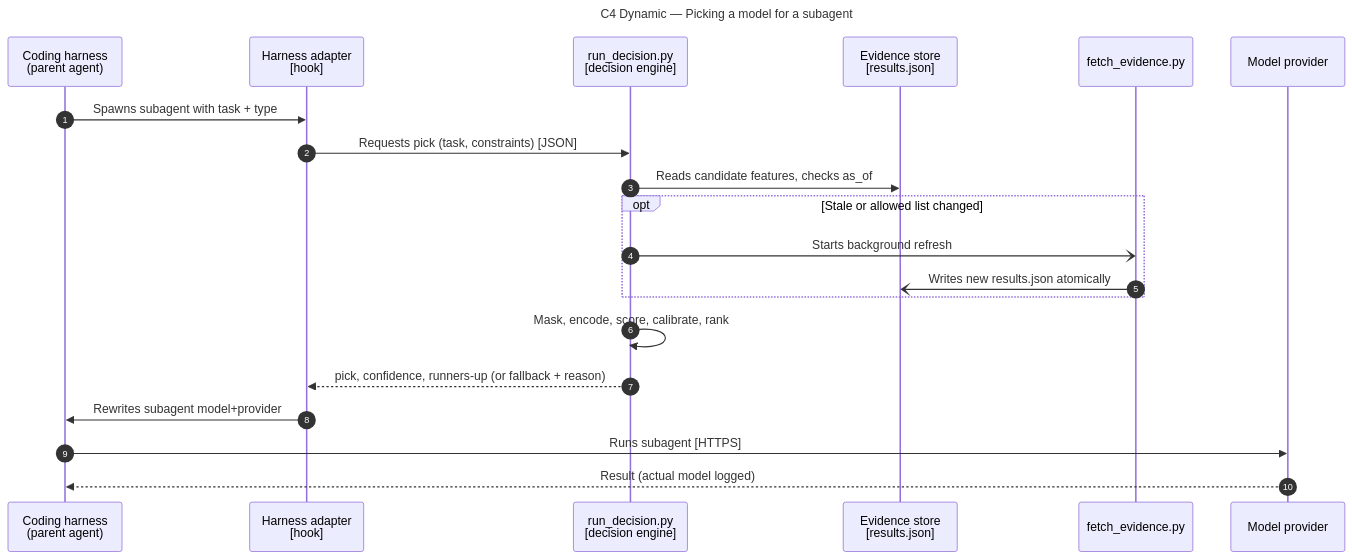
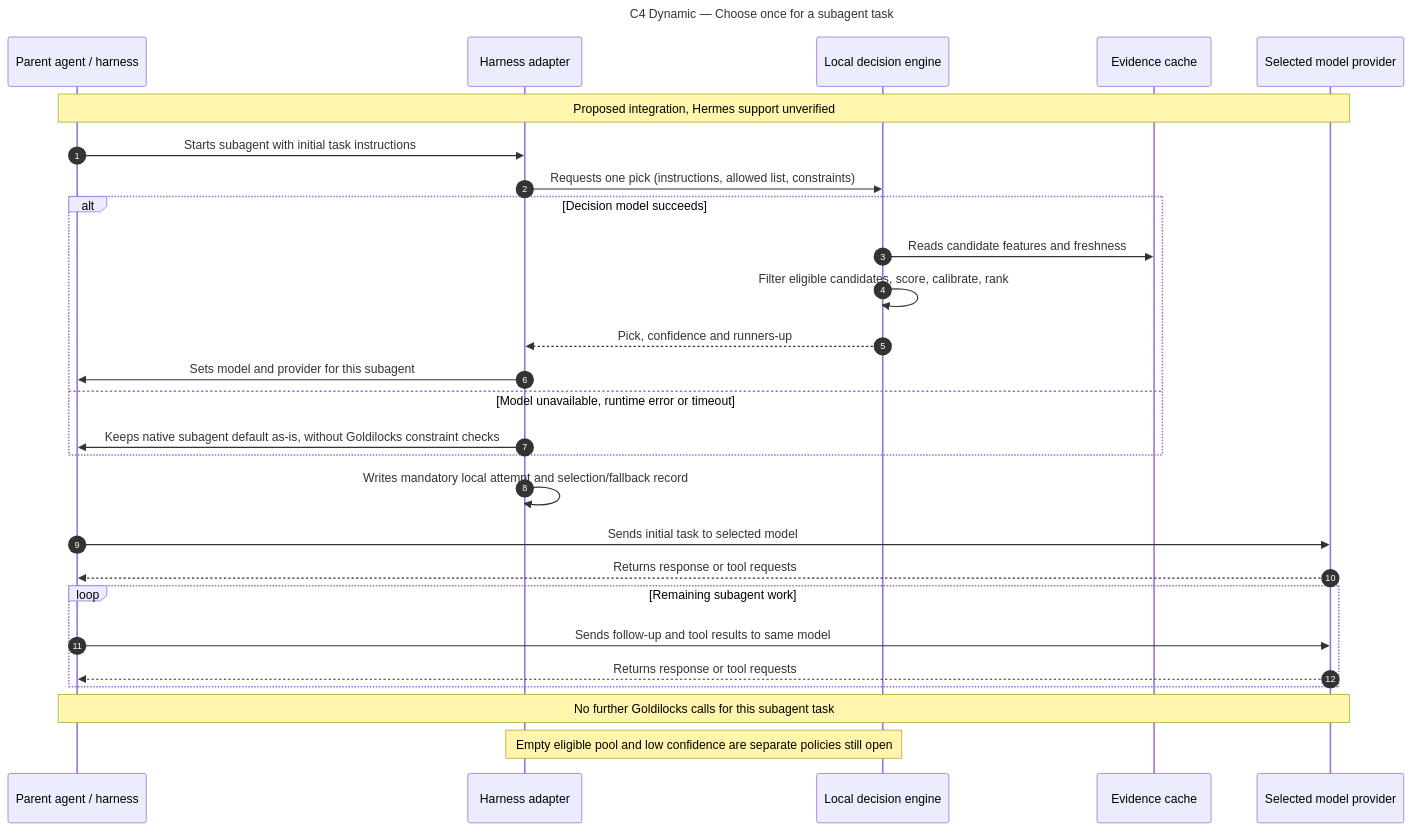
One commit to mani2001/goldilocks changed the diagram in docs/diagrams/src/c4-dynamic-spawn.mmd. Above: the diagram before and after it, drawn with Mermaid. The commit also changed 52 other files, not shown here.

```diff
--- a/docs/diagrams/src/c4-dynamic-spawn.mmd
+++ b/docs/diagrams/src/c4-dynamic-spawn.mmd
@@ -1,23 +1,30 @@
 ---
-title: "C4 Dynamic — Picking a model for a subagent"
+title: "C4 Dynamic — Choose once for a subagent task"
 ---
 sequenceDiagram
   autonumber
-  participant H as Coding harness<br/>(parent agent)
-  participant A as Harness adapter<br/>[hook]
-  participant E as run_decision.py<br/>[decision engine]
-  participant S as Evidence store<br/>[results.json]
-  participant F as fetch_evidence.py
-  participant P as Model provider
-  H->>A: Spawns subagent with task + type
-  A->>E: Requests pick (task, constraints) [JSON]
-  E->>S: Reads candidate features, checks as_of
-  opt Stale or allowed list changed
-    E-)F: Starts background refresh
-    F-)S: Writes new results.json atomically
+  participant H as Parent agent / harness
+  participant A as Harness adapter
+  participant E as Local decision engine
+  participant S as Evidence cache
+  participant P as Selected model provider
+  Note over H,P: Proposed integration, Hermes support unverified
+  H->>A: Starts subagent with initial task instructions
+  A->>E: Requests one pick (instructions, allowed list, constraints)
+  alt Decision model succeeds
+    E->>S: Reads candidate features and freshness
+    E->>E: Filter eligible candidates, score, calibrate, rank
+    E-->>A: Pick, confidence and runners-up
+    A->>H: Sets model and provider for this subagent
+  else Model unavailable, runtime error or timeout
+    A->>H: Keeps native subagent default as-is, without Goldilocks constraint checks
   end
-  E->>E: Mask, encode, score, calibrate, rank
-  E-->>A: pick, confidence, runners-up (or fallback + reason)
-  A->>H: Rewrites subagent model+provider
-  H->>P: Runs subagent [HTTPS]
-  P-->>H: Result (actual model logged)
+  A->>A: Writes mandatory local attempt and selection/fallback record
+  H->>P: Sends initial task to selected model
+  P-->>H: Returns response or tool requests
+  loop Remaining subagent work
+    H->>P: Sends follow-up and tool results to same model
+    P-->>H: Returns response or tool requests
+  end
+  Note over H,P: No further Goldilocks calls for this subagent task
+  Note over A,E: Empty eligible pool and low confidence are separate policies still open
```
